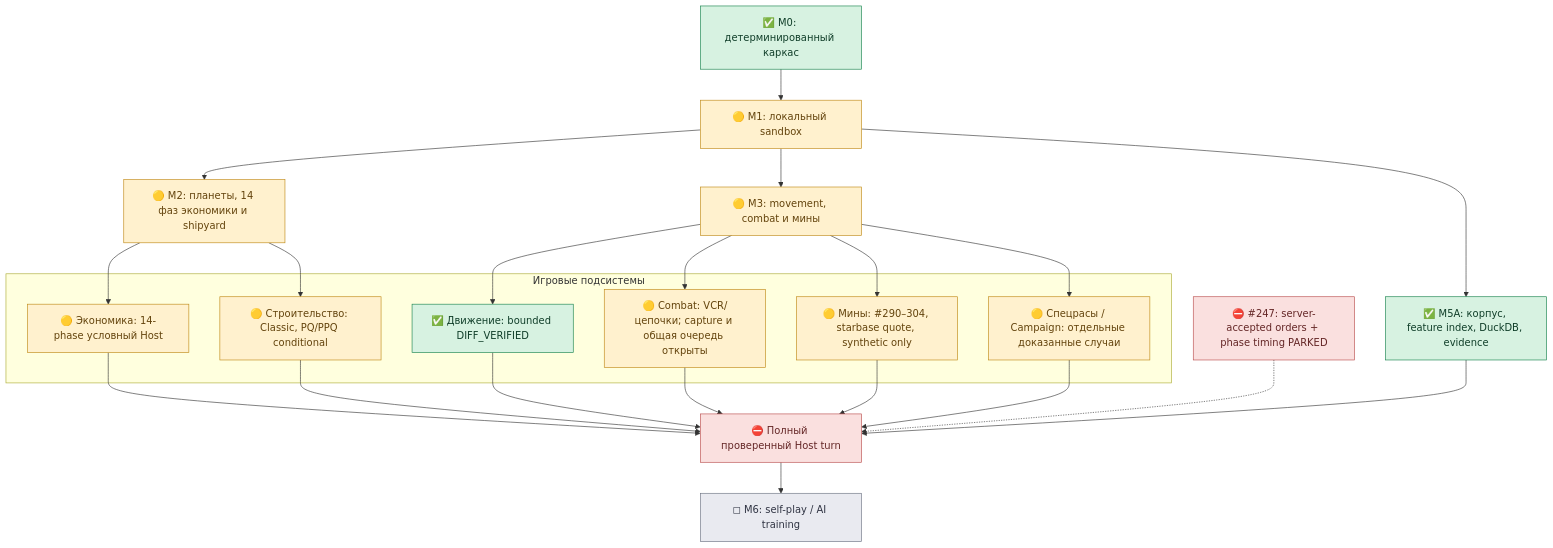
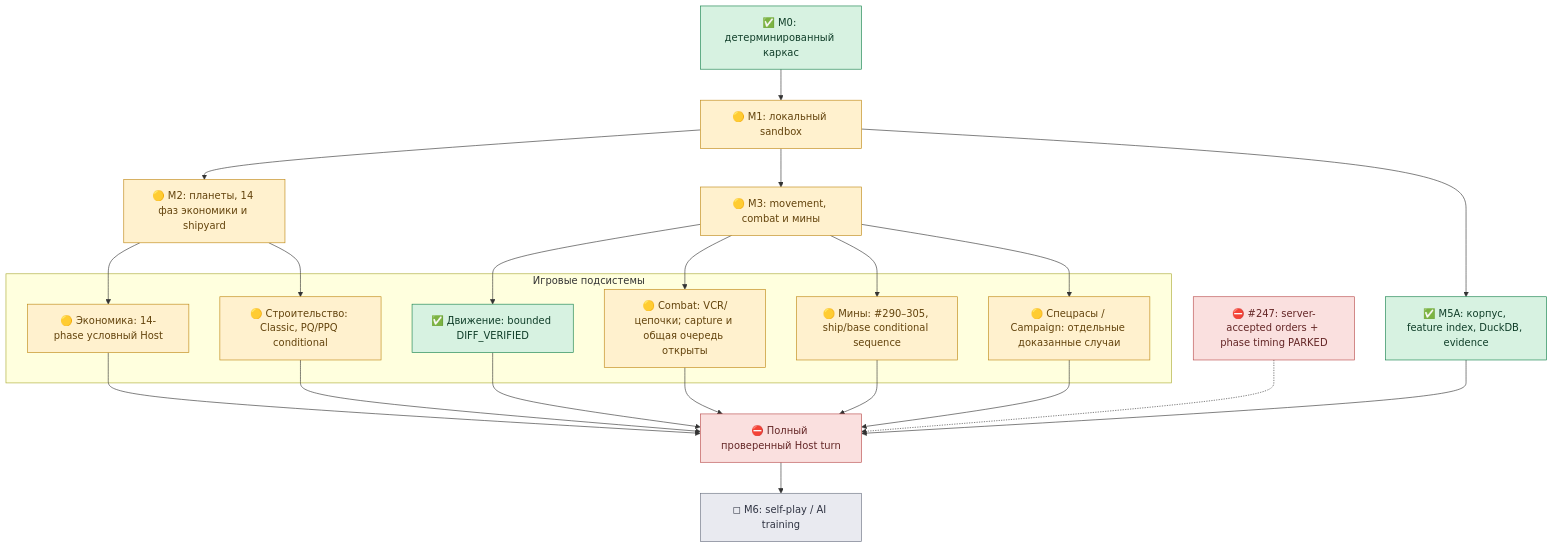
The first of 2 diagrams in docs/PROJECT_PROGRESS_MAP.md (Numillyash/planets-lab), drawn with Mermaid before and after one commit. The commit also changed other lines of this file and 6 other files, not shown here.

First line of the commit message:
Core: conditional ship-beam to single-starbase sweep sequence with shared mine roster (#305)

````diff
--- a/docs/PROJECT_PROGRESS_MAP.md
+++ b/docs/PROJECT_PROGRESS_MAP.md
@@ -17,41 +19,41 @@
 ```mermaid
 flowchart TB
     M0["✅ M0: детерминированный каркас"] --> M1["🟡 M1: локальный sandbox"]
     M1 --> M2["🟡 M2: планеты, 14 фаз экономики и shipyard"]
     M1 --> M3["🟡 M3: movement, combat и мины"]
     M1 --> M5["✅ M5A: корпус, feature index, DuckDB, evidence"]
 
     subgraph HostCore["Игровые подсистемы"]
       MOVE["✅ Движение: bounded DIFF_VERIFIED"]
       COMBAT["🟡 Combat: VCR/цепочки; capture и общая очередь открыты"]
       ECON["🟡 Экономика: 14-phase условный Host"]
       QUEUES["🟡 Строительство: Classic, PQ/PPQ conditional"]
-      MINES["🟡 Мины: #290–304, starbase quote, synthetic only"]
+      MINES["🟡 Мины: #290–305, ship/base conditional sequence"]
       RACES["🟡 Спецрасы / Campaign: отдельные доказанные случаи"]
     end
     M2 --> ECON
     M2 --> QUEUES
     M3 --> MOVE
     M3 --> COMBAT
     M3 --> MINES
     M3 --> RACES
 
     MOVE --> INTEGRATION["⛔ Полный проверенный Host turn"]
     COMBAT --> INTEGRATION
     ECON --> INTEGRATION
     QUEUES --> INTEGRATION
     MINES --> INTEGRATION
     RACES --> INTEGRATION
     M5 --> INTEGRATION
     GAP["⛔ #247: server-accepted orders + phase timing PARKED"] -.-> INTEGRATION
     INTEGRATION --> AI["◻ M6: self-play / AI training"]
 
     classDef verified fill:#d7f2e1,stroke:#14804a,color:#103e29;
     classDef partial fill:#fff1ce,stroke:#be8713,color:#63430c;
     classDef blocked fill:#fae0df,stroke:#b94b4b,color:#642626;
     classDef future fill:#e9eaf0,stroke:#6b7180,color:#303443;
     class M0,M5,MOVE verified;
     class M1,M2,M3,COMBAT,ECON,QUEUES,MINES,RACES partial;
     class INTEGRATION,GAP blocked;
     class AI future;
 ```
````
